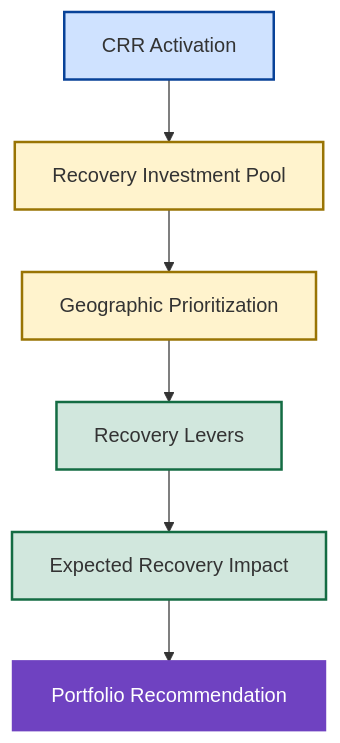
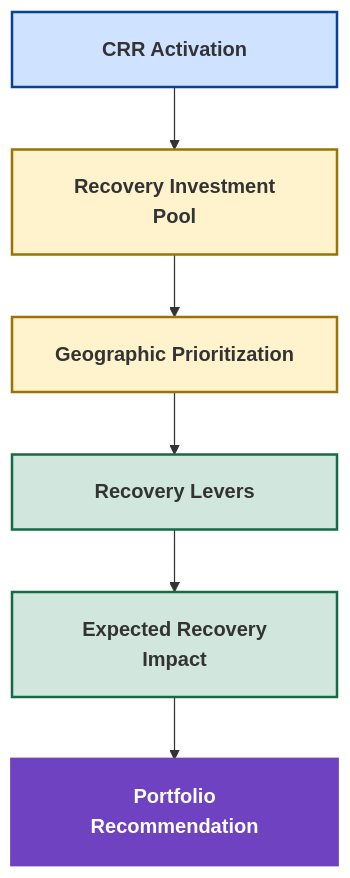
One commit to AwesomeAnil/newbridge-saas-operating-system changed the third of 4 diagrams in 08_CRR_Optimization/central-risk-reserve.md. Above: the diagram before and after it, drawn with Mermaid. The commit also changed other lines of this file, not shown here.

````diff
--- a/08_CRR_Optimization/central-risk-reserve.md
+++ b/08_CRR_Optimization/central-risk-reserve.md
@@ -235,27 +244,27 @@
 ```mermaid
 flowchart TD
 
-A["CRR Activation"]
+A["<table width='200'><tr><td style='white-space: normal; word-wrap: break-word;'><b>CRR Activation</b></td></tr></table>"]
 
---> B["Recovery Investment Pool"]
+--> B["<table width='200'><tr><td style='white-space: normal; word-wrap: break-word;'><b>Recovery Investment Pool</b></td></tr></table>"]
 
---> C["Geographic Prioritization"]
+--> C["<table width='200'><tr><td style='white-space: normal; word-wrap: break-word;'><b>Geographic Prioritization</b></td></tr></table>"]
 
---> D["Recovery Levers"]
+--> D["<table width='200'><tr><td style='white-space: normal; word-wrap: break-word;'><b>Recovery Levers</b></td></tr></table>"]
 
---> E["Expected Recovery Impact"]
+--> E["<table width='200'><tr><td style='white-space: normal; word-wrap: break-word;'><b>Expected Recovery Impact</b></td></tr></table>"]
 
---> F["Portfolio Recommendation"]
+--> F["<table width='200'><tr><td style='white-space: normal; word-wrap: break-word;'><b>Portfolio Recommendation</b></td></tr></table>"]
 
 style A fill:#cfe2ff,stroke:#084298,stroke-width:2px
 
 style B fill:#fff3cd,stroke:#997404,stroke-width:2px
 
 style C fill:#fff3cd,stroke:#997404,stroke-width:2px
 
 style D fill:#d1e7dd,stroke:#146c43,stroke-width:2px
 
 style E fill:#d1e7dd,stroke:#146c43,stroke-width:2px
 
 style F fill:#6f42c1,color:#ffffff,stroke:#6f42c1,stroke-width:3px
 ```
````
